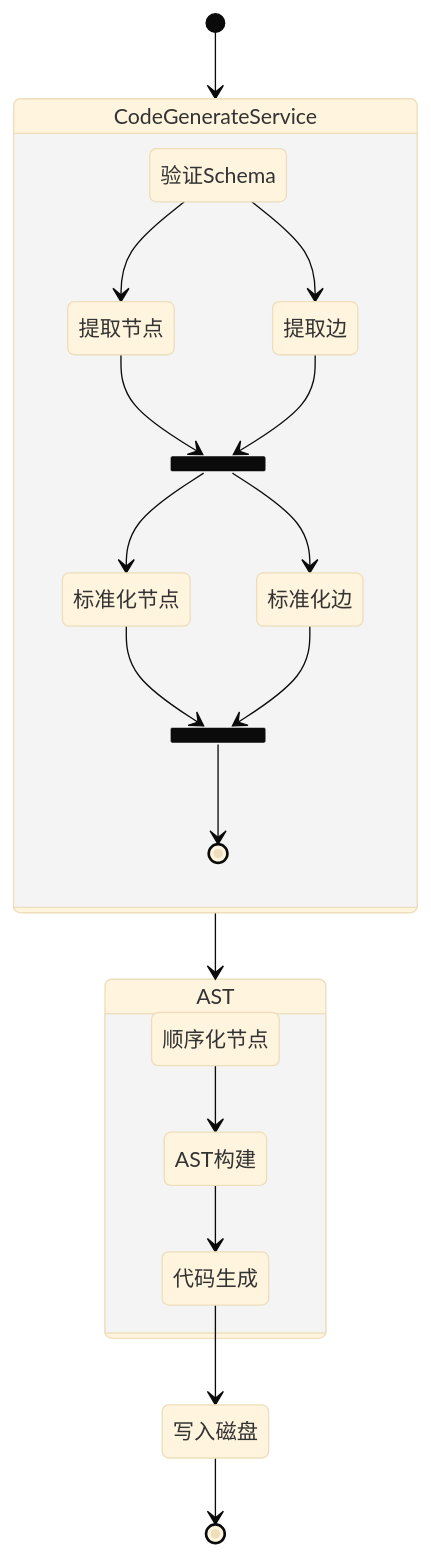
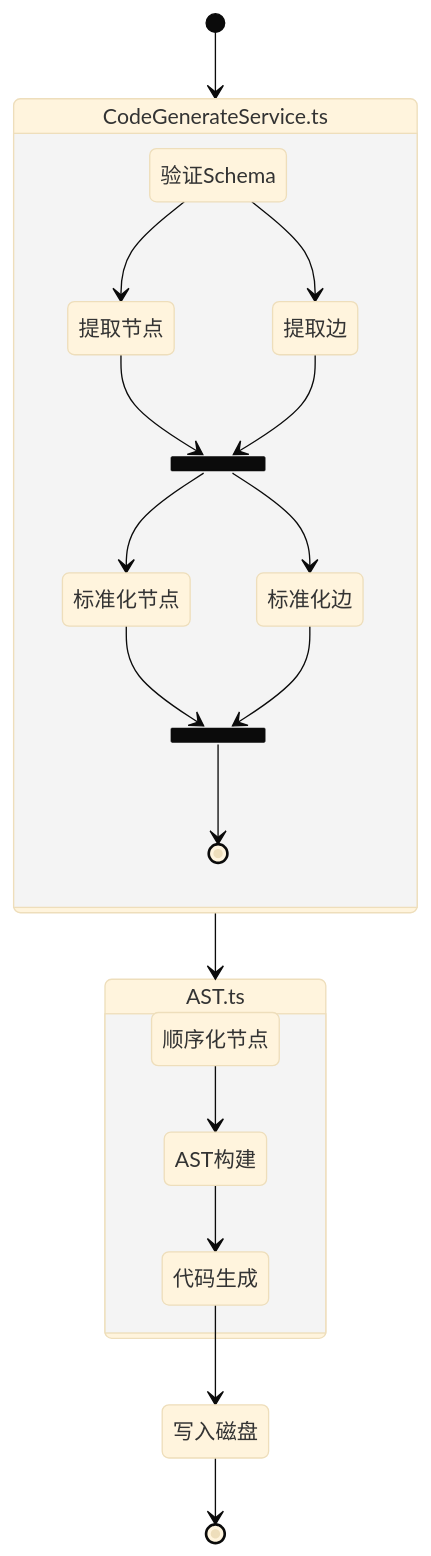
Before and after one commit to opentiny/tiny-engine: the diagram in dl-flow-backend/src/code-generate/README.md, drawn with Mermaid (base theme). The commit also changed other lines of this file and 2 other files, not shown here.

Commit message:
docs: Discussion on the Commutability of Function Combinations

````diff
--- a/dl-flow-backend/src/code-generate/README.md
+++ b/dl-flow-backend/src/code-generate/README.md
@@ -5,24 +5,24 @@
 ```mermaid
 stateDiagram
   state join1 <<join>>
   state join2 <<join>>
-  [*] --> CodeGenerateService
-  CodeGenerateService --> AST
-  state CodeGenerateService {
+  [*] --> CodeGenerateService.ts
+  CodeGenerateService.ts --> AST.ts
+  state CodeGenerateService.ts {
     验证Schema --> 提取节点
     验证Schema --> 提取边
     提取节点 --> join1
     提取边 --> join1
     join1 --> 标准化节点
     join1 --> 标准化边
     标准化节点 --> join2
     标准化边 --> join2
     join2 --> [*]
   }
-  state AST {
+  state AST.ts {
     顺序化节点 --> AST构建
     AST构建 --> 代码生成
   }
   代码生成 --> 写入磁盘
   写入磁盘 --> [*]
 ```
````
